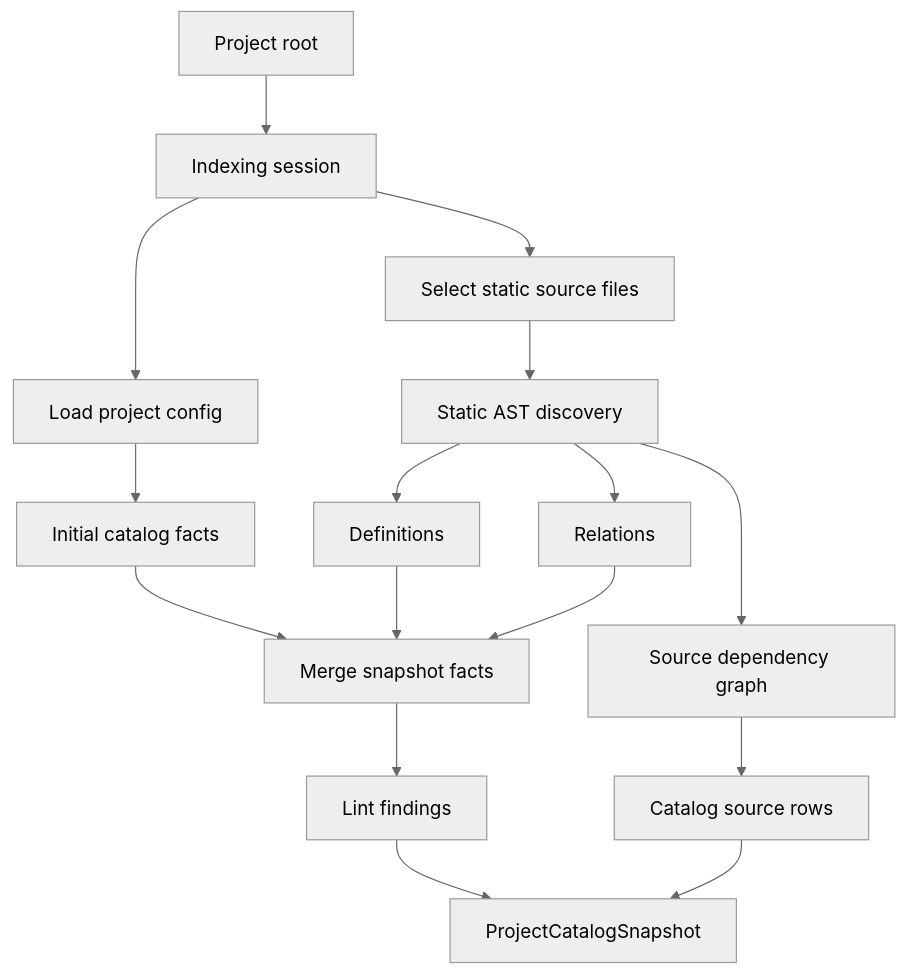
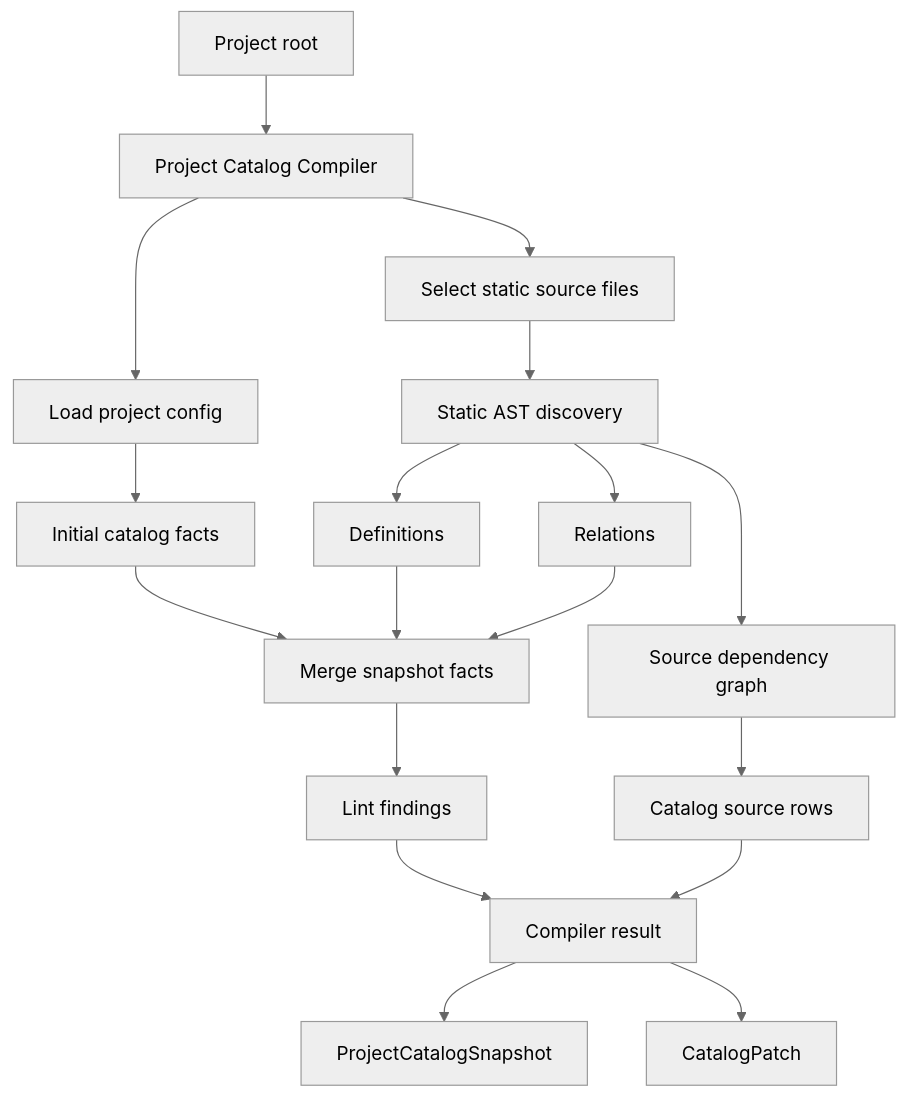
The first of 8 diagrams in packages/source-indexer/ARCHITECTURE.md (use-crux/crux), drawn with Mermaid (neutral theme) before and after one commit. The commit also changed other lines of this file and 35 other files, not shown here.

First line of the commit message:
feat(compiler): enhance Project Catalog Compiler and extend Source Indexer functionality

````diff
--- a/packages/source-indexer/ARCHITECTURE.md
+++ b/packages/source-indexer/ARCHITECTURE.md
@@ -13,18 +13,20 @@
 ```mermaid
 flowchart TD
-  A["Project root"] --> B["Indexing session"]
+  A["Project root"] --> B["Project Catalog Compiler"]
   B --> C["Load project config"]
   B --> D["Select static source files"]
   D --> E["Static AST discovery"]
   E --> F["Definitions"]
   E --> G["Relations"]
   E --> H["Source dependency graph"]
   C --> I["Initial catalog facts"]
   F --> J["Merge snapshot facts"]
   G --> J
   H --> K["Catalog source rows"]
   I --> J
   J --> L["Lint findings"]
-  L --> M["ProjectCatalogSnapshot"]
+  L --> M["Compiler result"]
   K --> M
+  M --> N["ProjectCatalogSnapshot"]
+  M --> O["CatalogPatch"]
 ```
````
